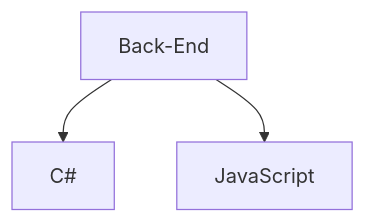
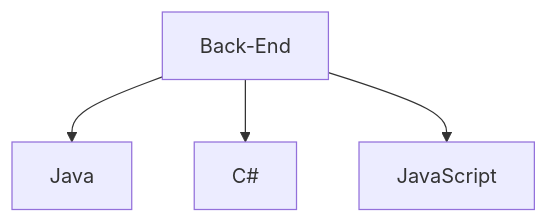
One commit to LuongXuanNhat/LuongXuanNhat changed the second of 2 diagrams in README.md. Above: the diagram before and after it, drawn with Mermaid. The commit also changed other lines of this file, not shown here.

````diff
--- a/README.md
+++ b/README.md
@@ -30,5 +30,6 @@
   ```mermaid
 graph TD;
+    Back-End-->Java;
     Back-End-->C#;
     Back-End-->JavaScript;
    ```
````
